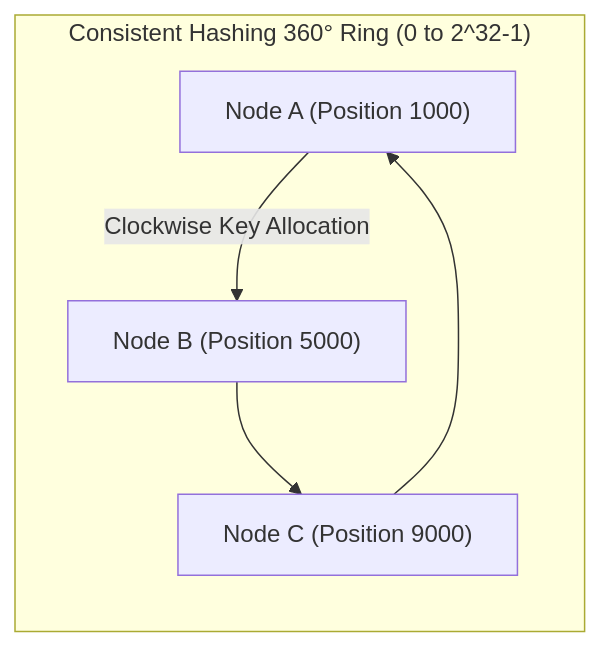
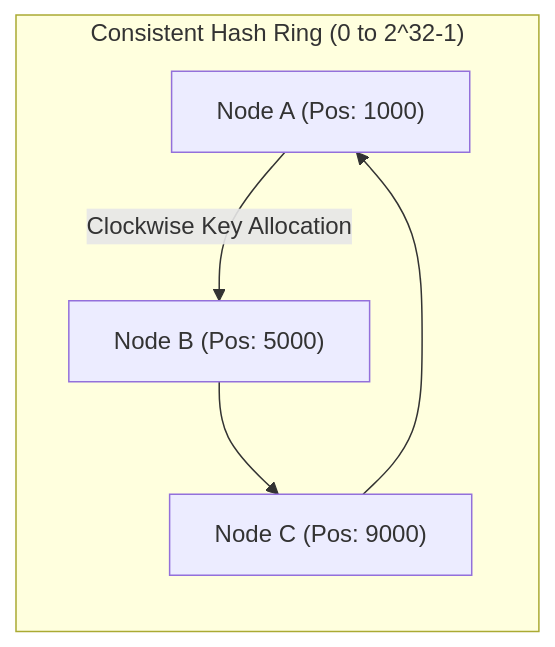
Before and after one commit to Sourav108/strivers-lld: the second of 5 diagrams in strivers-hld/07-Data-Partitioning-and-Consistent-Hashing/README.md, drawn with Mermaid. The commit also changed other lines of this file and 39 other files, not shown here.

Commit message:
fix(mermaid): wrap node labels, simplify diamonds, and reformat wide diagrams for perfect GitHub rendering

````diff
--- a/strivers-hld/07-Data-Partitioning-and-Consistent-Hashing/README.md
+++ b/strivers-hld/07-Data-Partitioning-and-Consistent-Hashing/README.md
@@ -33,9 +39,9 @@
 ```mermaid
 flowchart TD
-    subgraph HashRing["Consistent Hashing 360° Ring (0 to 2^32-1)"]
+    subgraph HashRing["Consistent Hash Ring (0 to 2^32-1)"]
         direction TB
-        N1["Node A (Position 1000)"] -->|Clockwise Key Allocation| N2["Node B (Position 5000)"]
-        N2 --> N3["Node C (Position 9000)"]
+        N1["Node A (Pos: 1000)"] -->|Clockwise Key Allocation| N2["Node B (Pos: 5000)"]
+        N2 --> N3["Node C (Pos: 9000)"]
         N3 --> N1
     end
 ```
````
